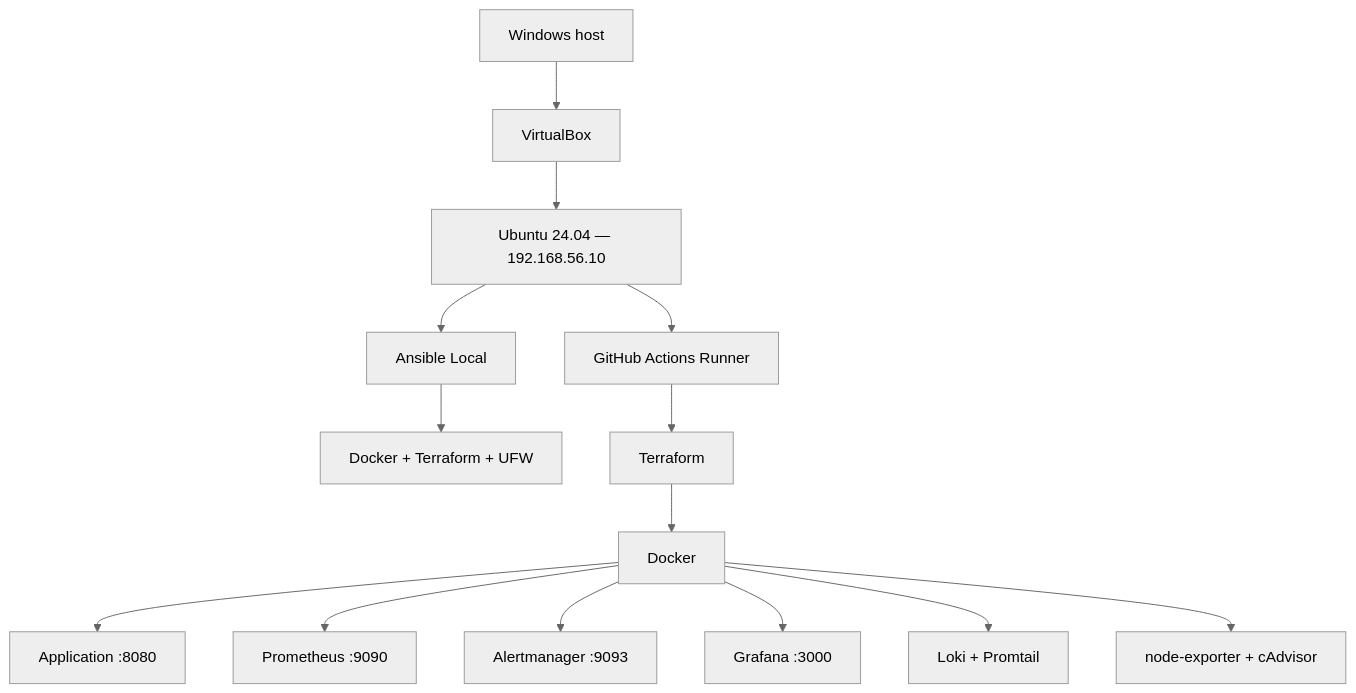
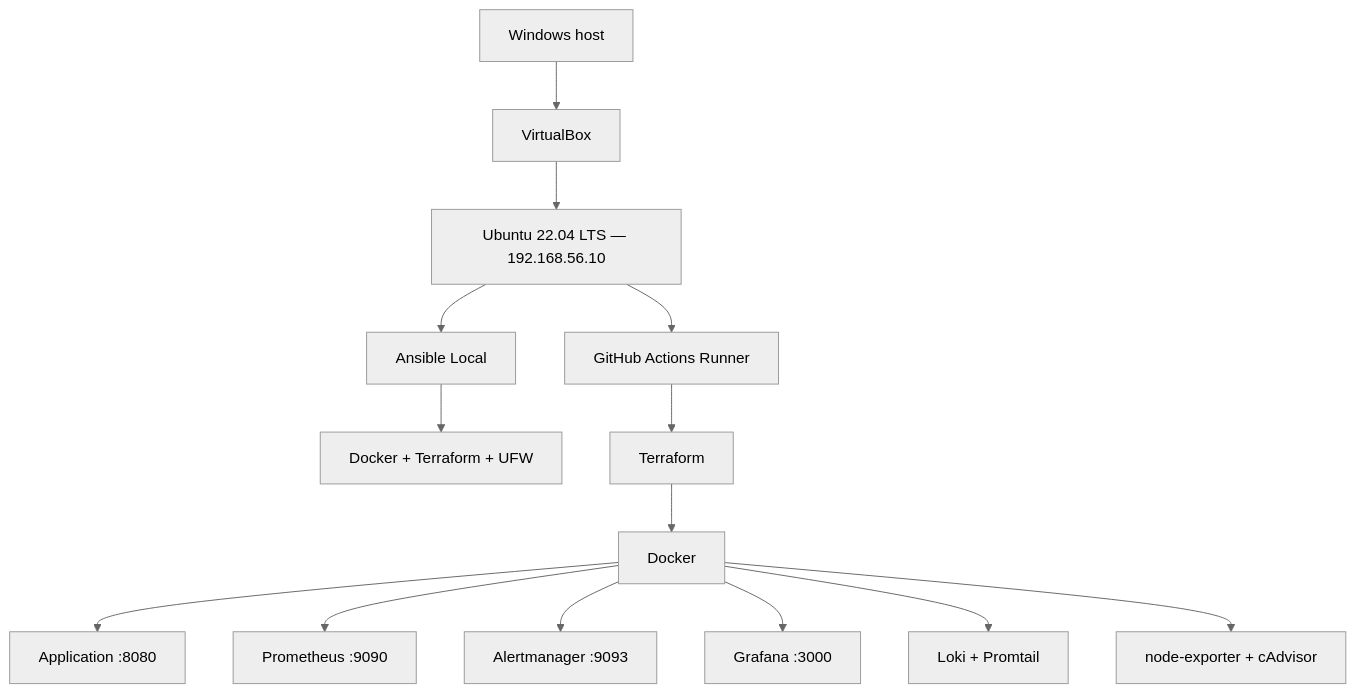
One commit to NDark99/devops-graduate-infrastructure changed the diagram in README.md. Above: the diagram before and after it, drawn with Mermaid (neutral theme). The commit also changed other lines of this file and 6 other files, not shown here.

````diff
--- a/README.md
+++ b/README.md
@@ -9,16 +9,16 @@
 ```mermaid
 flowchart TB
     Host["Windows host"] --> VB["VirtualBox"]
-    VB --> VM["Ubuntu 24.04 — 192.168.56.10"]
+    VB --> VM["Ubuntu 22.04 LTS — 192.168.56.10"]
     VM --> Ansible["Ansible Local"]
     Ansible --> OS["Docker + Terraform + UFW"]
     VM --> Runner["GitHub Actions Runner"]
     Runner --> TF["Terraform"]
     TF --> Docker["Docker"]
     Docker --> App["Application :8080"]
     Docker --> Prom["Prometheus :9090"]
     Docker --> Alert["Alertmanager :9093"]
     Docker --> Grafana["Grafana :3000"]
     Docker --> Loki["Loki + Promtail"]
     Docker --> Exporters["node-exporter + cAdvisor"]
 ```
````
